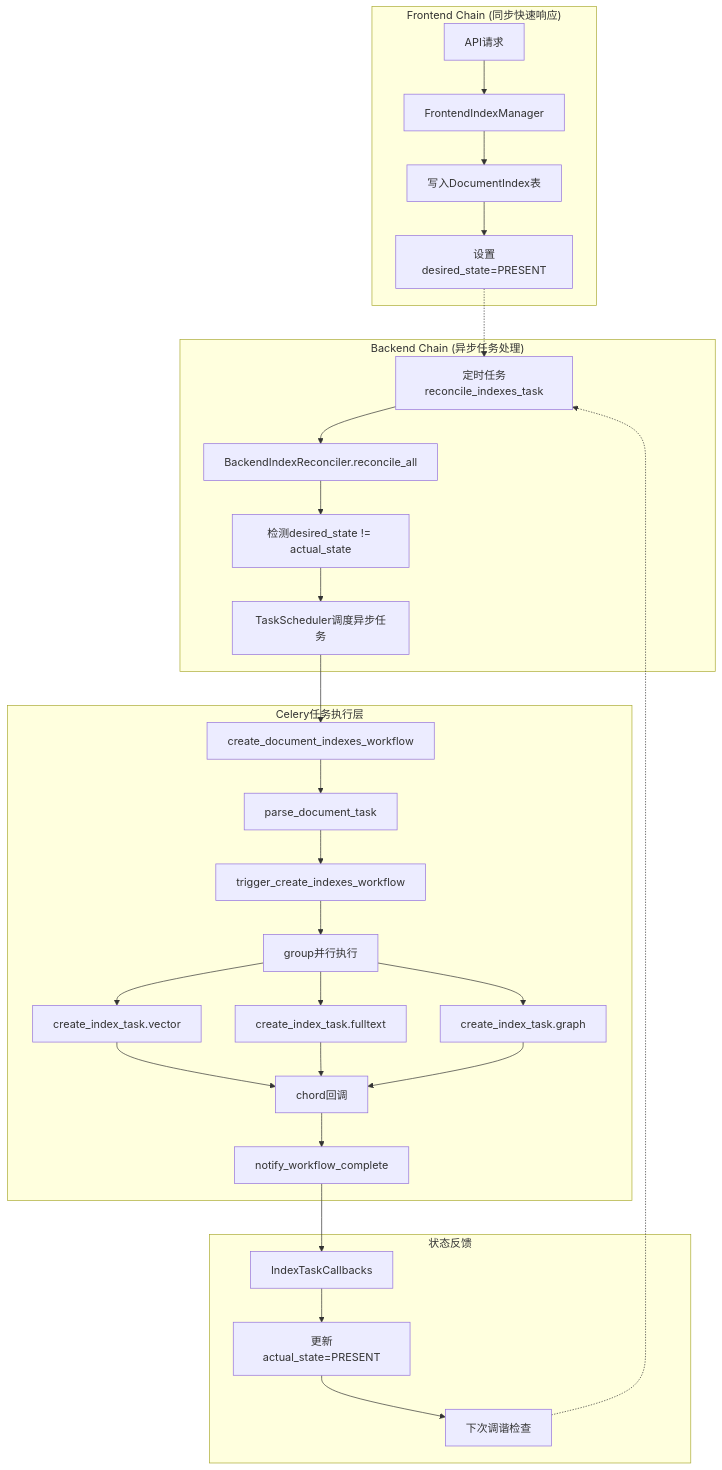
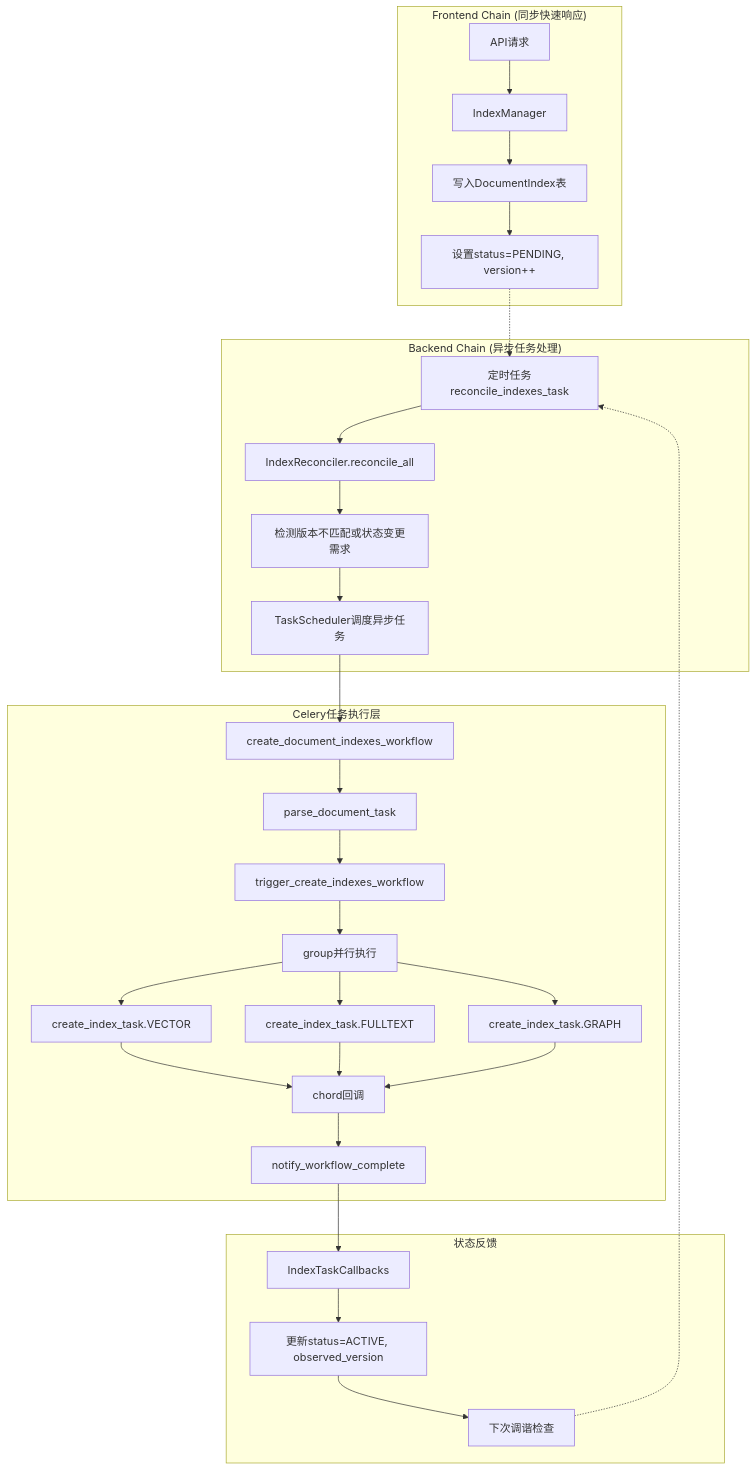
One commit to holdgh/ApeRAG changed the diagram in docs/indexing_architecture_zh.md. Above: the diagram before and after it, drawn with Mermaid. The commit also changed other lines of this file and 24 other files, not shown here.

````diff
--- a/docs/indexing_architecture_zh.md
+++ b/docs/indexing_architecture_zh.md
@@ -9,37 +9,37 @@
 ```mermaid
 graph TB
     subgraph "Frontend Chain (同步快速响应)"
-        A[API请求] --> B[FrontendIndexManager]
+        A[API请求] --> B[IndexManager]
         B --> C[写入DocumentIndex表]
-        C --> D[设置desired_state=PRESENT]
+        C --> D[设置status=PENDING, version++]
     end
     
     subgraph "Backend Chain (异步任务处理)"
-        E[定时任务reconcile_indexes_task] --> F[BackendIndexReconciler.reconcile_all]
-        F --> G[检测desired_state != actual_state]
+        E[定时任务reconcile_indexes_task] --> F[IndexReconciler.reconcile_all]
+        F --> G[检测版本不匹配或状态变更需求]
         G --> H[TaskScheduler调度异步任务]
     end
     
     subgraph "Celery任务执行层"
         H --> I[create_document_indexes_workflow]
         I --> J[parse_document_task]
         J --> K[trigger_create_indexes_workflow]
         K --> L[group并行执行]
-        L --> M[create_index_task.vector]
-        L --> N[create_index_task.fulltext] 
-        L --> O[create_index_task.graph]
+        L --> M[create_index_task.VECTOR]
+        L --> N[create_index_task.FULLTEXT] 
+        L --> O[create_index_task.GRAPH]
         M --> P[chord回调]
         N --> P
         O --> P
         P --> Q[notify_workflow_complete]
     end
     
     subgraph "状态反馈"
         Q --> R[IndexTaskCallbacks]
-        R --> S[更新actual_state=PRESENT]
+        R --> S[更新status=ACTIVE, observed_version]
         S --> T[下次调谐检查]
     end
     
     D -.-> E
     T -.-> E
 ```
````
